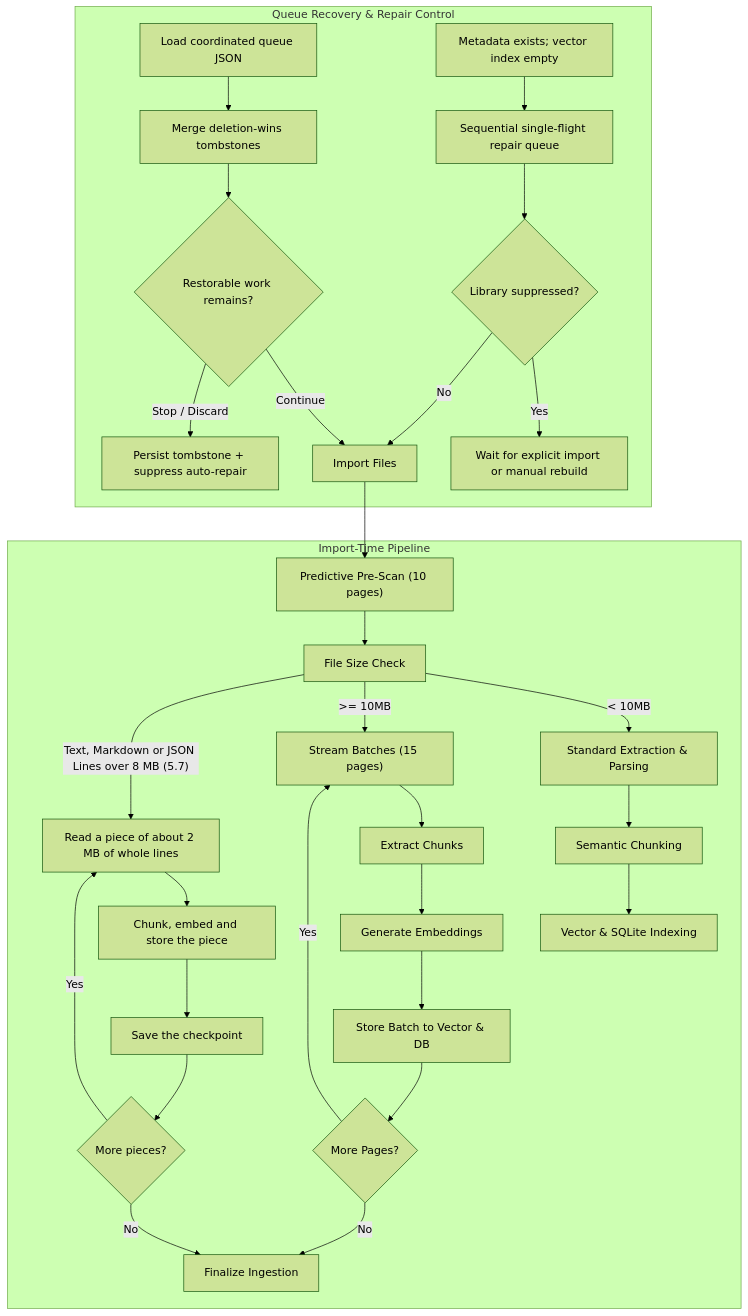
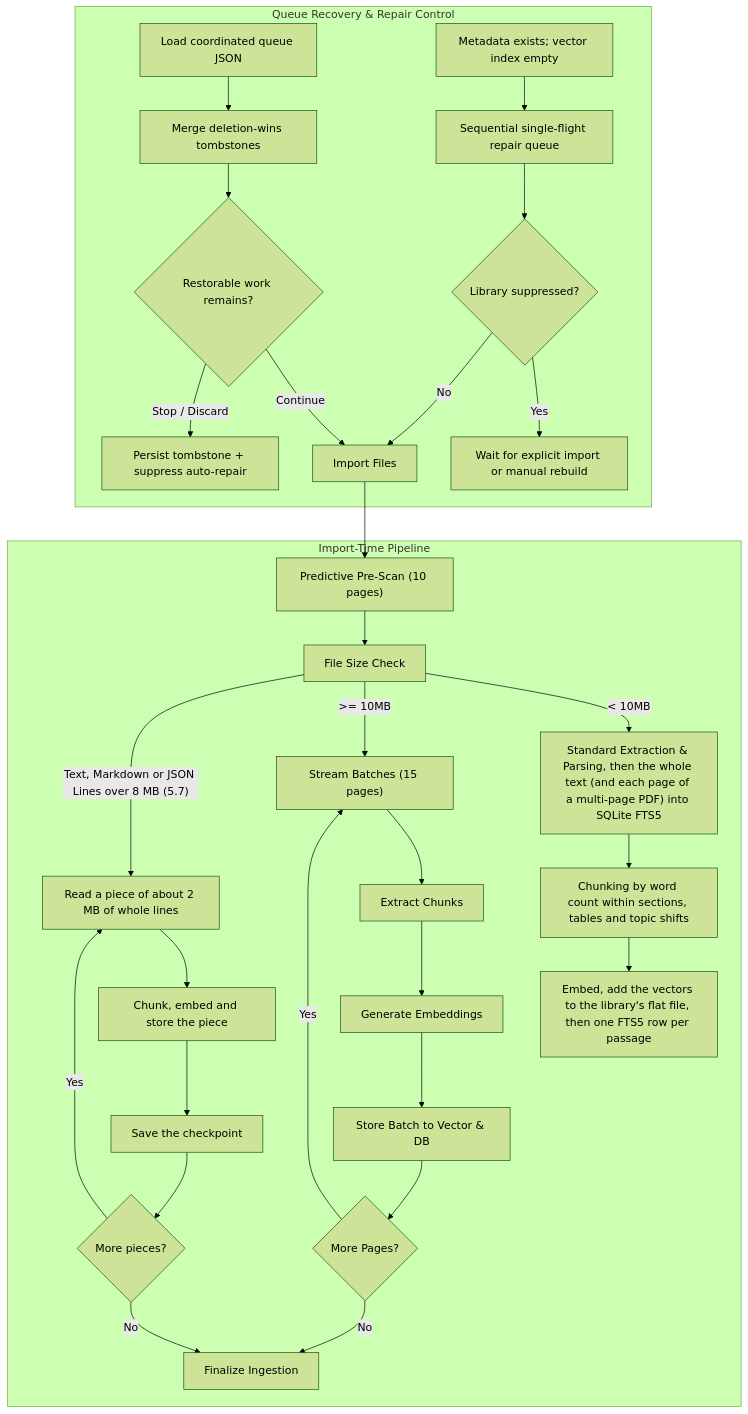
Before and after one commit to Gunnarguy/OpenIntelligence: the third of 8 diagrams in Docs/OPENINTELLIGENCE_ARCHITECTURE_ATLAS.md, drawn with Mermaid (forest theme). The commit also changed other lines of this file, not shown here.

````diff
--- a/Docs/OPENINTELLIGENCE_ARCHITECTURE_ATLAS.md
+++ b/Docs/OPENINTELLIGENCE_ARCHITECTURE_ATLAS.md
@@ -393,37 +395,37 @@
 ```mermaid
 flowchart TD
   subgraph RECOVERY["Queue Recovery & Repair Control"]
     Q1["Load coordinated queue JSON"] --> Q2["Merge deletion-wins tombstones"]
     Q2 --> Q3{"Restorable work remains?"}
     Q3 -- "Continue" --> A1
     Q3 -- "Stop / Discard" --> Q4["Persist tombstone + suppress auto-repair"]
     E1["Metadata exists; vector index empty"] --> E2["Sequential single-flight repair queue"]
     E2 --> E3{"Library suppressed?"}
     E3 -- "Yes" --> E4["Wait for explicit import or manual rebuild"]
     E3 -- "No" --> A1
   end
   subgraph INGEST["Import-Time Pipeline"]
     A1["Import Files"]
     SCAN["Predictive Pre-Scan (10 pages)"]
     A1 --> SCAN
     SCAN --> A2["File Size Check"]
-    A2 -- "< 10MB" --> A3["Standard Extraction & Parsing"]
-    A3 --> A4["Semantic Chunking"]
-    A4 --> A5["Vector & SQLite Indexing"]
+    A2 -- "< 10MB" --> A3["Standard Extraction & Parsing, then the whole text (and each page of a multi-page PDF) into SQLite FTS5"]
+    A3 --> A4["Chunking by word count within sections, tables and topic shifts"]
+    A4 --> A5["Embed, add the vectors to the library's flat file, then one FTS5 row per passage"]
     
     A2 -- ">= 10MB" --> S1["Stream Batches (15 pages)"]
     S1 --> S2["Extract Chunks"]
     S2 --> S3["Generate Embeddings"]
     S3 --> S4["Store Batch to Vector & DB"]
     S4 --> S5{"More Pages?"}
     S5 -- "Yes" --> S1
     S5 -- "No" --> S6["Finalize Ingestion"]
 
     A2 -- "Text, Markdown or JSON Lines over 8 MB (5.7)" --> T1["Read a piece of about 2 MB of whole lines"]
     T1 --> T2["Chunk, embed and store the piece"]
     T2 --> T3["Save the checkpoint"]
     T3 --> T4{"More pieces?"}
     T4 -- "Yes" --> T1
     T4 -- "No" --> S6
   end
 ```
````
